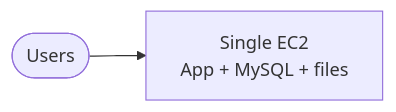
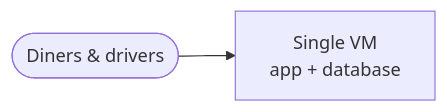
One commit to adnanrahin/adnanrahin.github.io changed the sixth of 11 diagrams in _system_design/scalability.md. Above: the diagram before and after it, drawn with Mermaid. The commit also changed other lines of this file and 3 other files, not shown here.

````diff
--- a/_system_design/scalability.md
+++ b/_system_design/scalability.md
@@ -254,4 +229,4 @@
 ```mermaid
 flowchart LR
-    Users([Users]) --> Server["Single EC2<br/>App + MySQL + files"]
+    Diners([Diners & drivers]) --> Box["Single VM<br/>app + database"]
 ```
````
